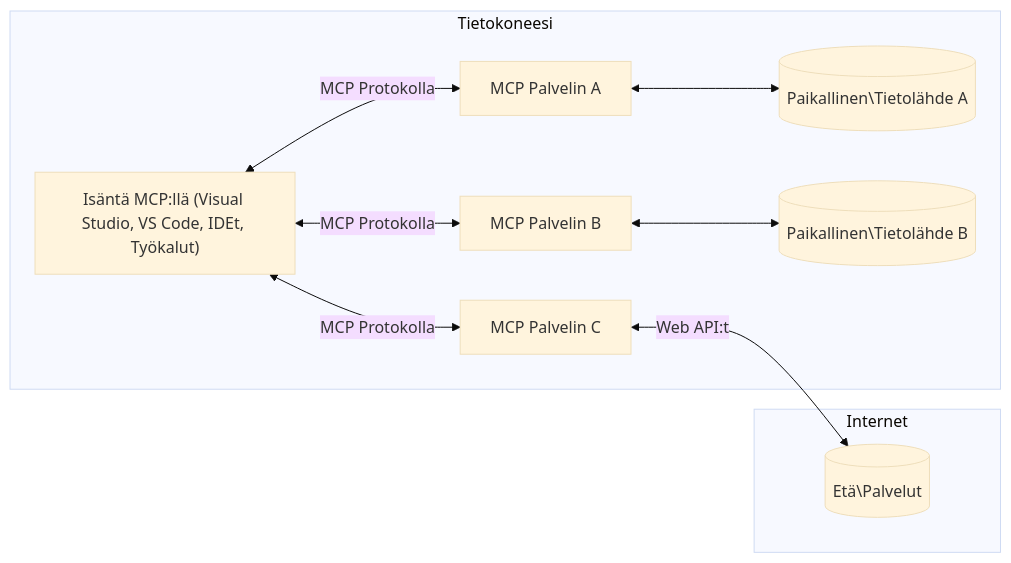
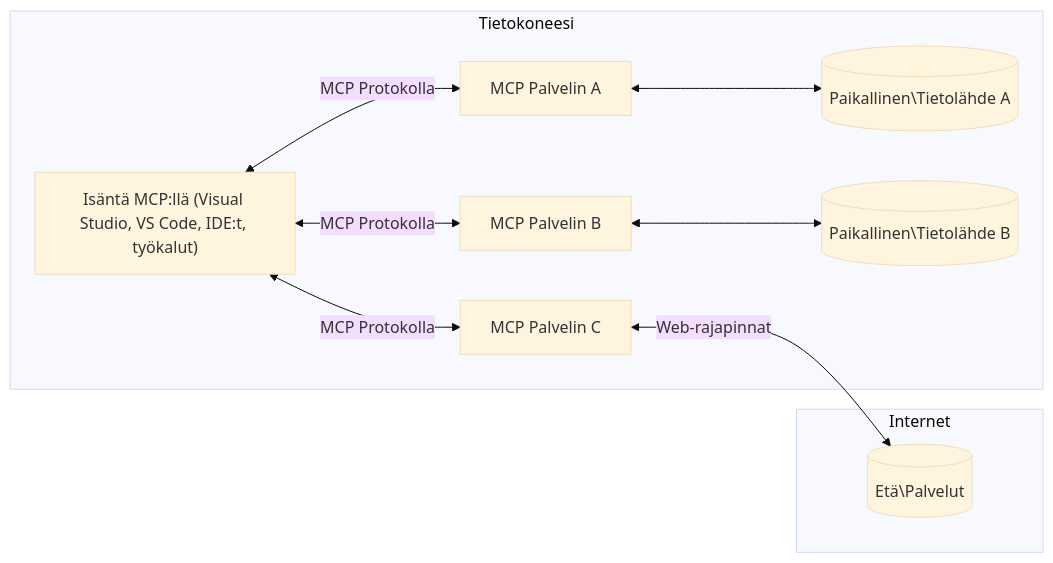
The diagram in translations/fi/01-CoreConcepts/README.md (Mu-L/mcp-for-beginners), drawn with Mermaid (base theme) before and after one commit. The commit also changed other lines of this file and 5 other files, not shown here.

````diff
--- a/translations/fi/01-CoreConcepts/README.md
+++ b/translations/fi/01-CoreConcepts/README.md
@@ -44,17 +44,17 @@
 ```mermaid
 flowchart LR
     subgraph "Tietokoneesi"
-        Host["Isäntä MCP:llä (Visual Studio, VS Code, IDEt, Työkalut)"]
+        Host["Isäntä MCP:llä (Visual Studio, VS Code, IDE:t, työkalut)"]
         S1["MCP Palvelin A"]
         S2["MCP Palvelin B"]
         S3["MCP Palvelin C"]
         Host <-->|"MCP Protokolla"| S1
         Host <-->|"MCP Protokolla"| S2
         Host <-->|"MCP Protokolla"| S3
         S1 <--> D1[("Paikallinen\Tietolähde A")]
         S2 <--> D2[("Paikallinen\Tietolähde B")]
     end
     subgraph "Internet"
-        S3 <-->|"Web API:t"| D3[("Etä\Palvelut")]
+        S3 <-->|"Web-rajapinnat"| D3[("Etä\Palvelut")]
     end
 ```
````
